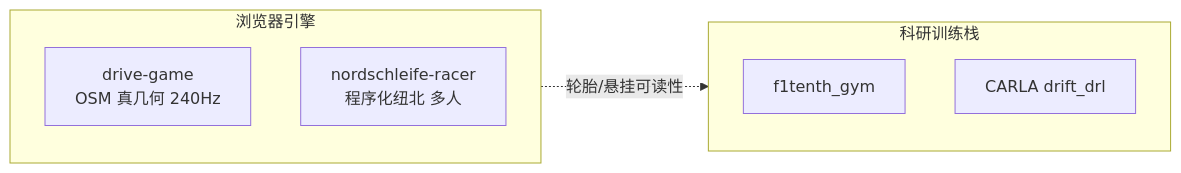
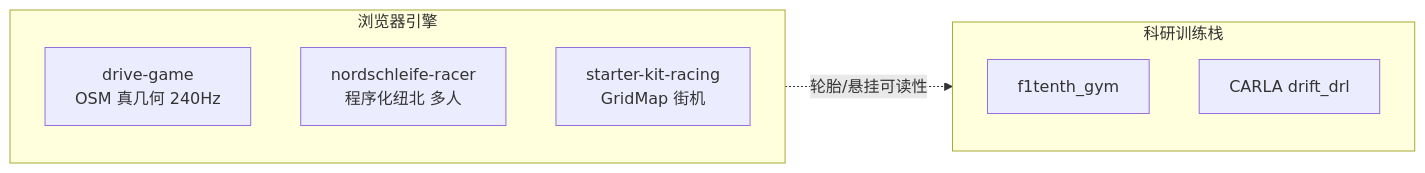
The second of 2 diagrams in wiki/overview/racing-drift-rl-open-source-landscape.md (ImChong/Robotics_Notebooks), drawn with Mermaid before and after one commit. The commit also changed other lines of this file and 23 other files, not shown here.

Commit message:
[2026-09-01] ingest | sources/repos/starter_kit_racing.md — 接入 mrdoob/starter-kit-racing Kenney Godot→JS 街机赛车；升格 starter-kit-racing 实体并补赛车漂移景观

````diff
--- a/wiki/overview/racing-drift-rl-open-source-landscape.md
+++ b/wiki/overview/racing-drift-rl-open-source-landscape.md
@@ -108,12 +111,13 @@
 ```mermaid
 flowchart LR
   subgraph browser ["浏览器引擎"]
     DG[drive-game<br/>OSM 真几何 240Hz]
     NR[nordschleife-racer<br/>程序化纽北 多人]
+    SK[starter-kit-racing<br/>GridMap 街机]
   end
   subgraph research ["科研训练栈"]
     FG[f1tenth_gym]
     CL[CARLA drift_drl]
   end
   browser -.->|"轮胎/悬挂可读性"| research
 ```
````
